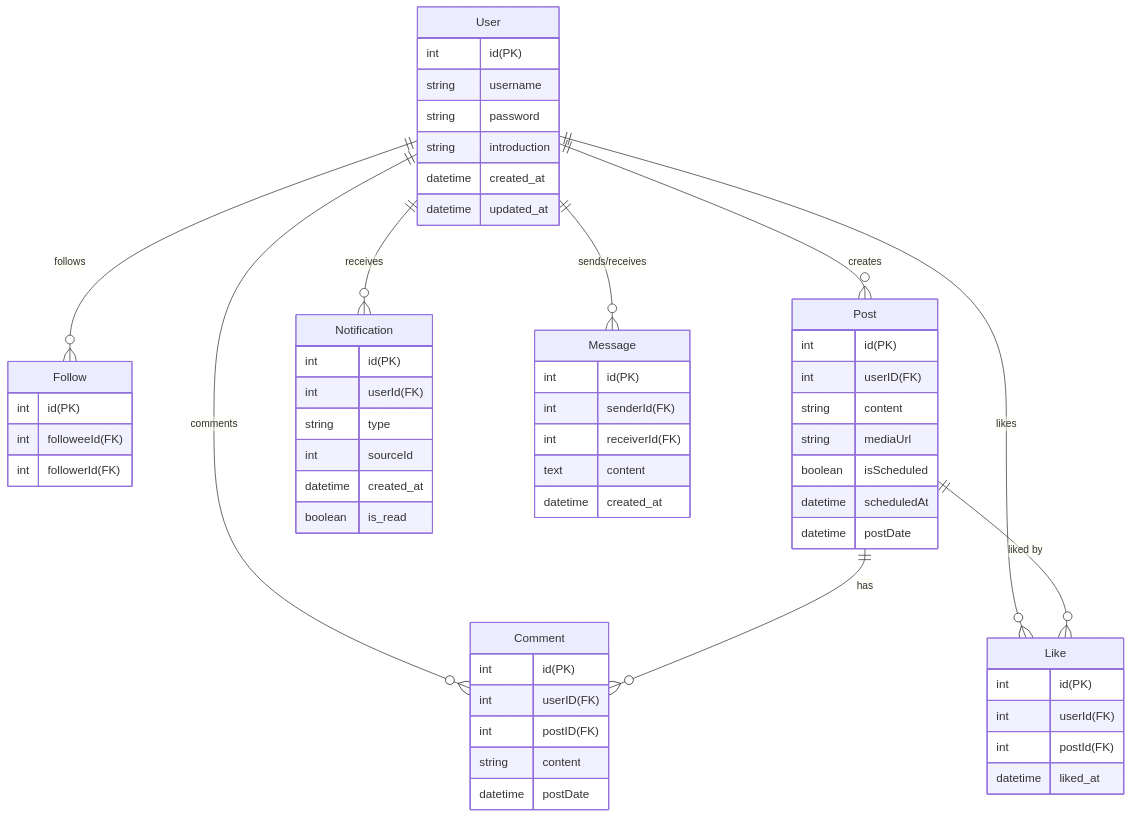
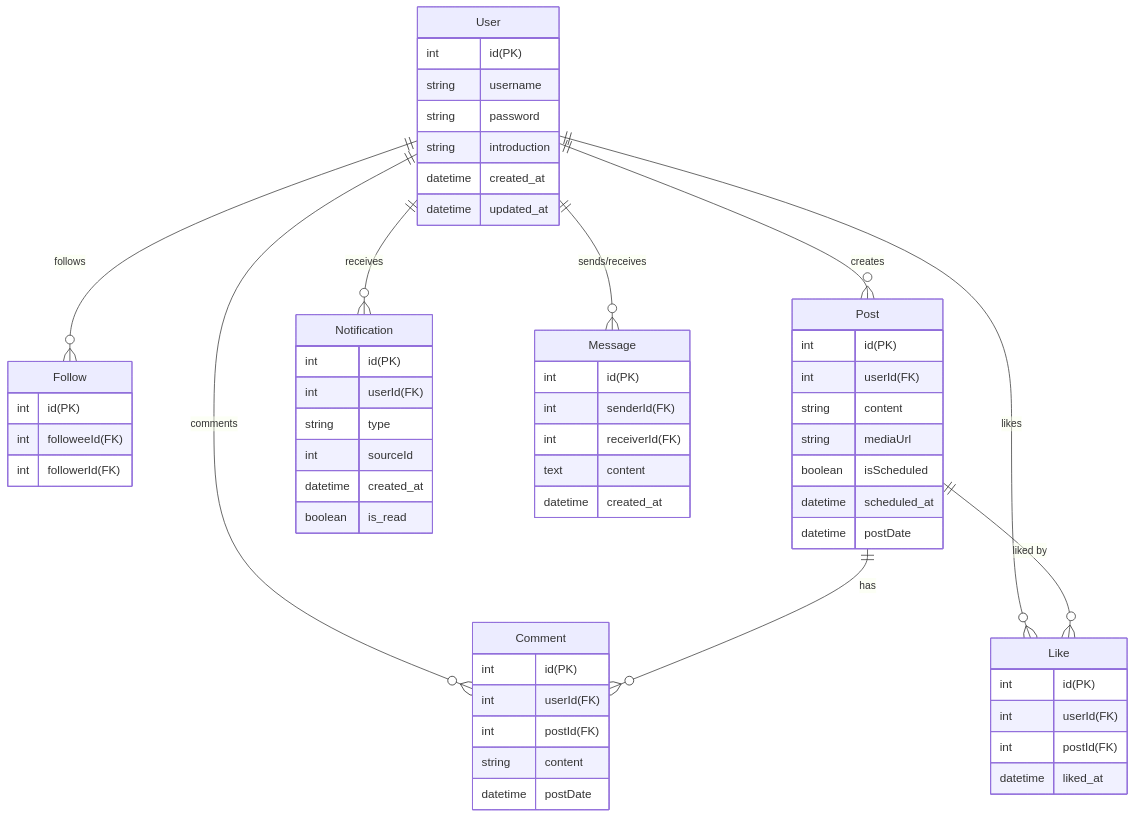
One commit to Eiji1010/Social-Networking-Service changed the diagram in Readme.md. Above: the diagram before and after it, drawn with Mermaid. The commit also changed 8 other files, not shown here.

Commit message:
Migrationファイル生成 - UserTable, FollowTable, PostTable, CommentTable, LikeTable, Notification, MessageTable生成のマイグレーションファイル生成

````diff
--- a/Readme.md
+++ b/Readme.md
@@ -2,61 +2,61 @@
 ```mermaid
 erDiagram
   User {
     int id(PK)
     string username
     string password
     string introduction
     datetime created_at
     datetime updated_at
   }
   Follow {
     int id(PK)
     int followeeId(FK)
     int followerId(FK)
   }
   Post {
     int id(PK)
-    int userID(FK)
+    int userId(FK)
     string content
     string mediaUrl
     boolean isScheduled
-    datetime scheduledAt
+    datetime scheduled_at
     datetime postDate
   }
   Comment {
     int id(PK)
-    int userID(FK)
-    int postID(FK)
+    int userId(FK)
+    int postId(FK)
     string content
     datetime postDate
   }
   Like {
     int id(PK)
     int userId(FK)
     int postId(FK)
     datetime liked_at
   }
   Notification {
     int id(PK)
     int userId(FK)
     string type
     int sourceId
     datetime created_at
     boolean is_read
   }
   Message {
     int id(PK)
     int senderId(FK)
     int receiverId(FK)
     text content
     datetime created_at
   }
   User ||--o{ Follow : "follows"
   User ||--o{ Post : "creates"
   User ||--o{ Comment : "comments"
   User ||--o{ Like : "likes"
   User ||--o{ Notification : "receives"
   User ||--o{ Message : "sends/receives"
   Post ||--o{ Comment : "has"
   Post ||--o{ Like : "liked by"
 ```
````
